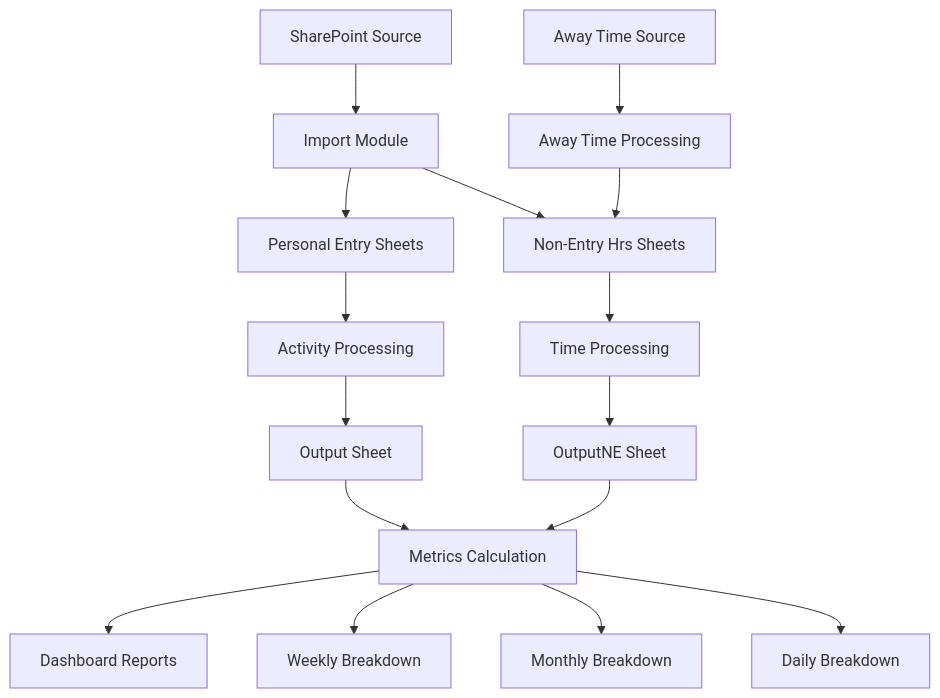
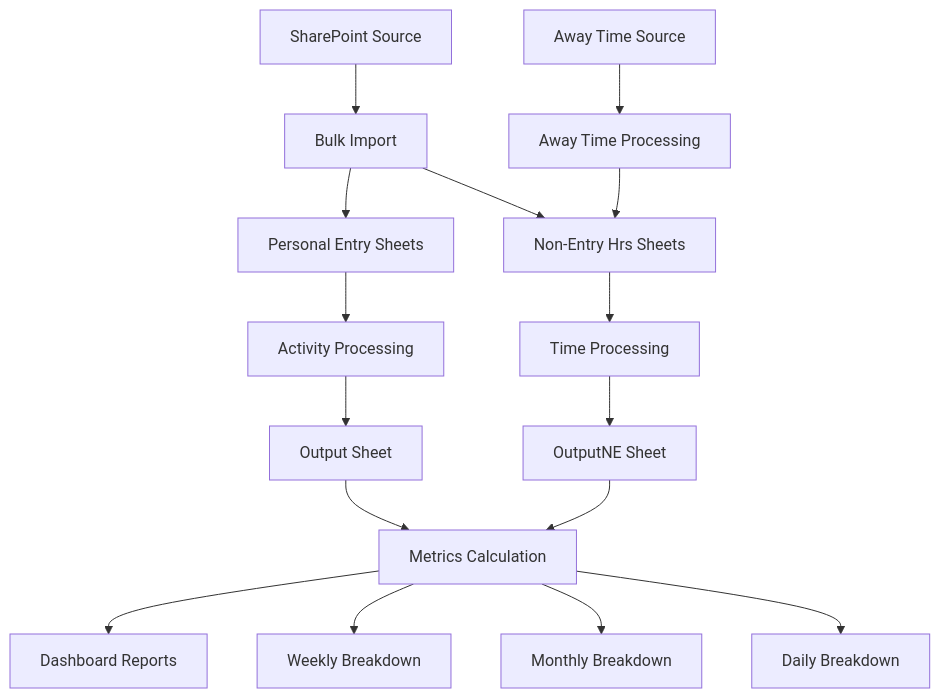
One commit to AlteredM1nd/TeamProductivity changed the diagram in README.md. Above: the diagram before and after it, drawn with Mermaid. The commit also changed other lines of this file, not shown here.

````diff
--- a/README.md
+++ b/README.md
@@ -69,18 +77,18 @@
 ```mermaid
 graph TD
-    A[SharePoint Source] --> B[Import Module]
+    A[SharePoint Source] --> B[Bulk Import]
     B --> C[Personal Entry Sheets]
     B --> D[Non-Entry Hrs Sheets]
     C --> E[Activity Processing]
     D --> F[Time Processing]
     G[Away Time Source] --> H[Away Time Processing]
     E --> I[Output Sheet]
     F --> J[OutputNE Sheet]
     H --> D
     I --> K[Metrics Calculation]
     J --> K
     K --> L[Dashboard Reports]
     K --> M[Weekly Breakdown]
     K --> N[Monthly Breakdown]
     K --> O[Daily Breakdown]
 ```
````
